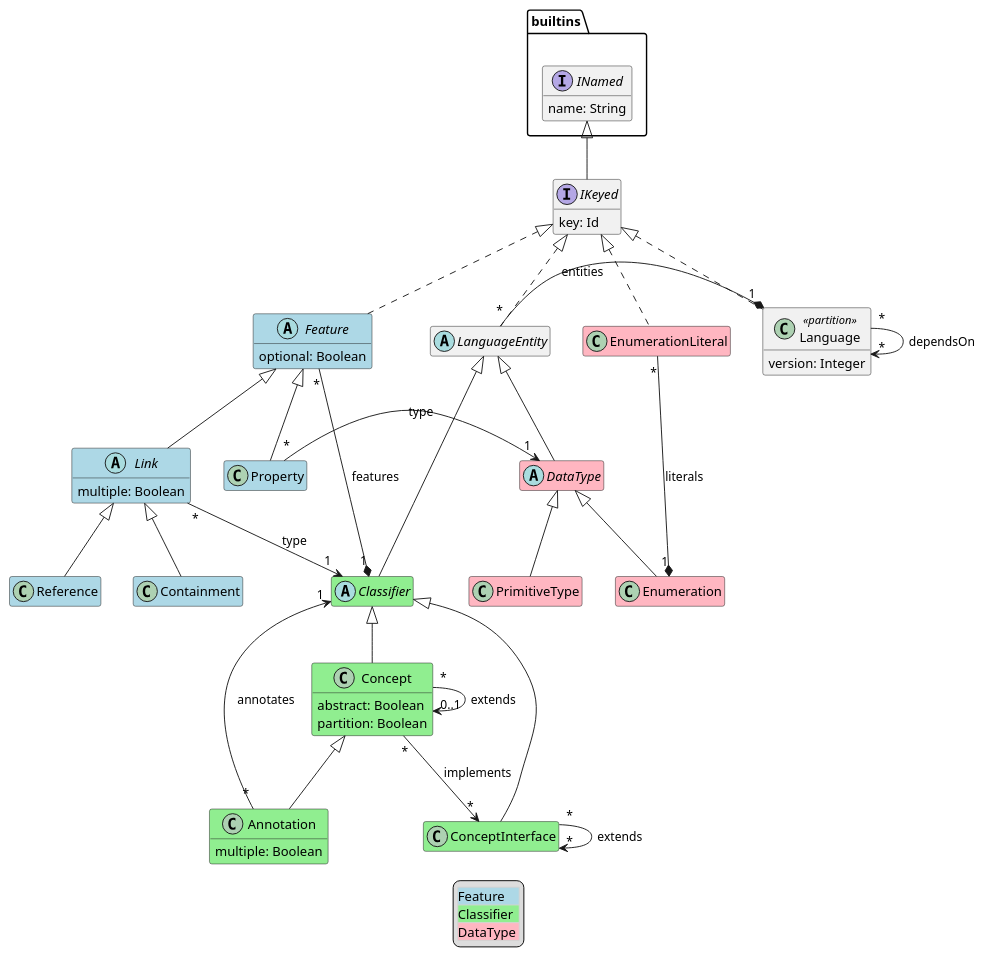
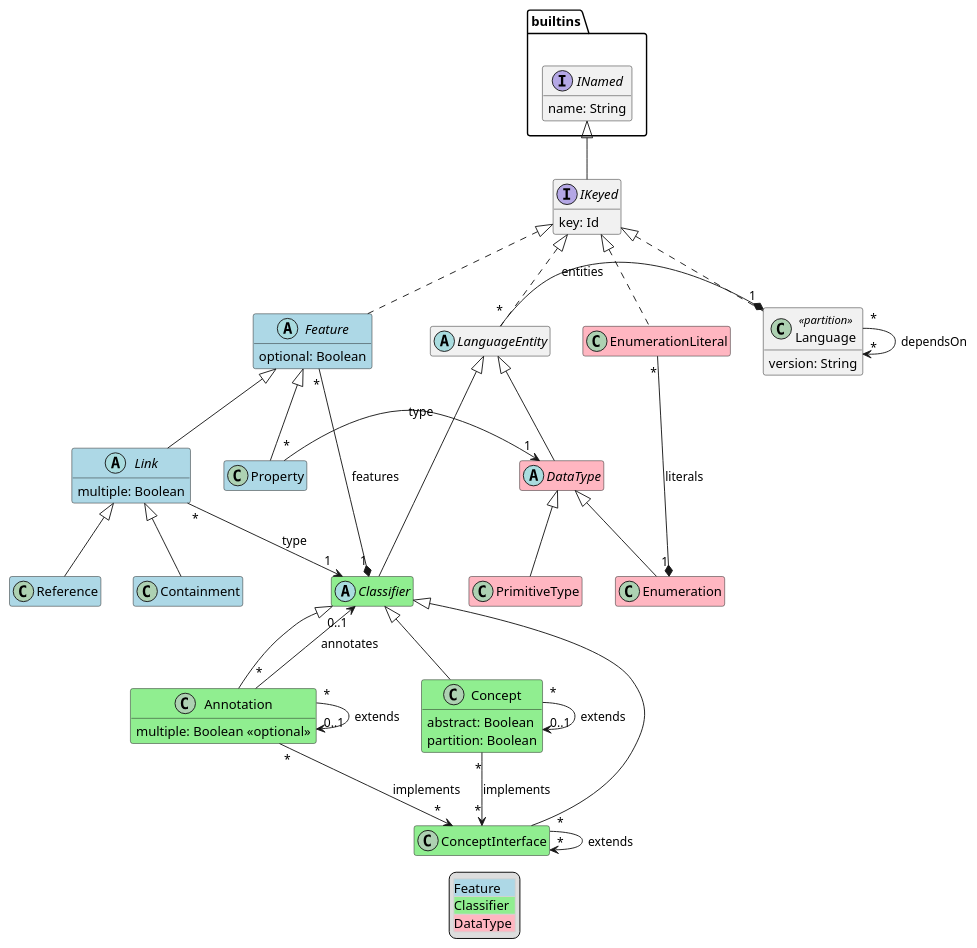
Before and after one commit to LionWeb-io/specification: the diagram in metametamodel/metametamodel.puml, drawn with PlantUML. The commit also changed 3 other files, not shown here.

Commit message:
updated lioncore.json, builtins.json, m3 diagram to annotation decisions

```diff
--- a/metametamodel/metametamodel.puml
+++ b/metametamodel/metametamodel.puml
@@ -1,80 +1,82 @@
 @startuml
 hide empty members
 
 package builtins {
   interface builtins.INamed {
     name: String
   }
 }
 
-class Annotation #LightGreen extends Concept {
-  multiple: Boolean
+class Annotation #LightGreen extends Classifier {
+  multiple: Boolean <<optional>>
 }
 
 class Concept #LightGreen extends Classifier {
   abstract: Boolean
   partition: Boolean
 }
 
 class ConceptInterface #LightGreen extends Classifier
 
 class Containment #LightBlue extends Link
 
 abstract class DataType #LightPink extends LanguageEntity
 
 class Enumeration #LightPink extends DataType
 
 class EnumerationLiteral #LightPink implements IKeyed
 
 abstract class Feature #LightBlue implements IKeyed {
   optional: Boolean
 }
 
 abstract class Classifier #LightGreen extends LanguageEntity
 
 abstract class Link #LightBlue extends Feature {
   multiple: Boolean
 }
 
 class Language <<partition>> implements IKeyed {
-  version: Integer
+  version: String
 }
 
 abstract class LanguageEntity implements IKeyed
 
 interface IKeyed extends builtins.INamed {
   key: Id
 }
 
 class PrimitiveType #LightPink extends DataType
 
 class Property #LightBlue extends Feature
 
 class Reference #LightBlue extends Link
 
 ' relations:
 
-Annotation "*" --> "1" Classifier: annotates
+Annotation "*" --> "0..1" Classifier: annotates
+Annotation "*" --> "0..1" Annotation: extends
+Annotation "*" --> "*" ConceptInterface: implements
 
 Concept "*" --> "0..1" Concept: extends
 Concept "*" --> "*" ConceptInterface: implements
 
 ConceptInterface "*" --> "*" ConceptInterface: extends
 
 EnumerationLiteral "*" -* "1" Enumeration : literals
 
 Feature "*" -* "1" Classifier: features
 
 Link "*" --> "1" Classifier: type
 
 Language "*" --> "*" Language: dependsOn
 LanguageEntity "*" -* "1" Language: entities
 
 Property "*" -> "1" DataType: type
 
 legend
   <#LightGray,#LightGray>| <#LightBlue>Feature |
   | <#LightGreen>Classifier |
   | <#LightPink>DataType |
 end legend
 @enduml
```
